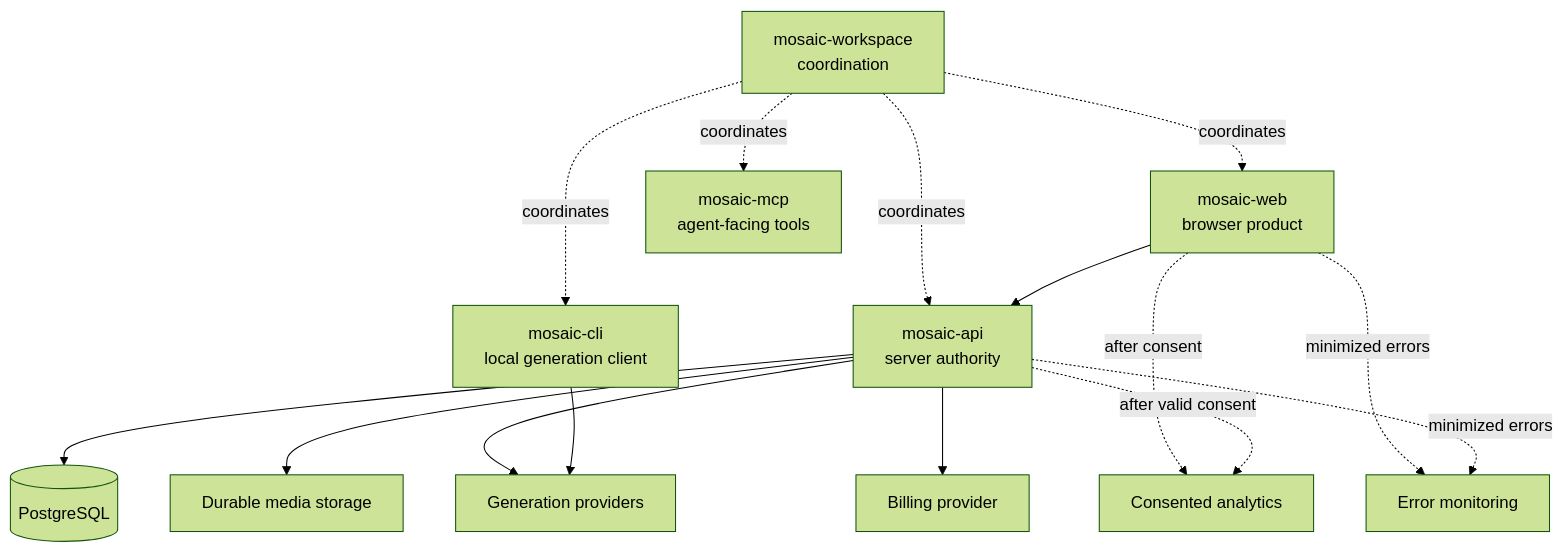
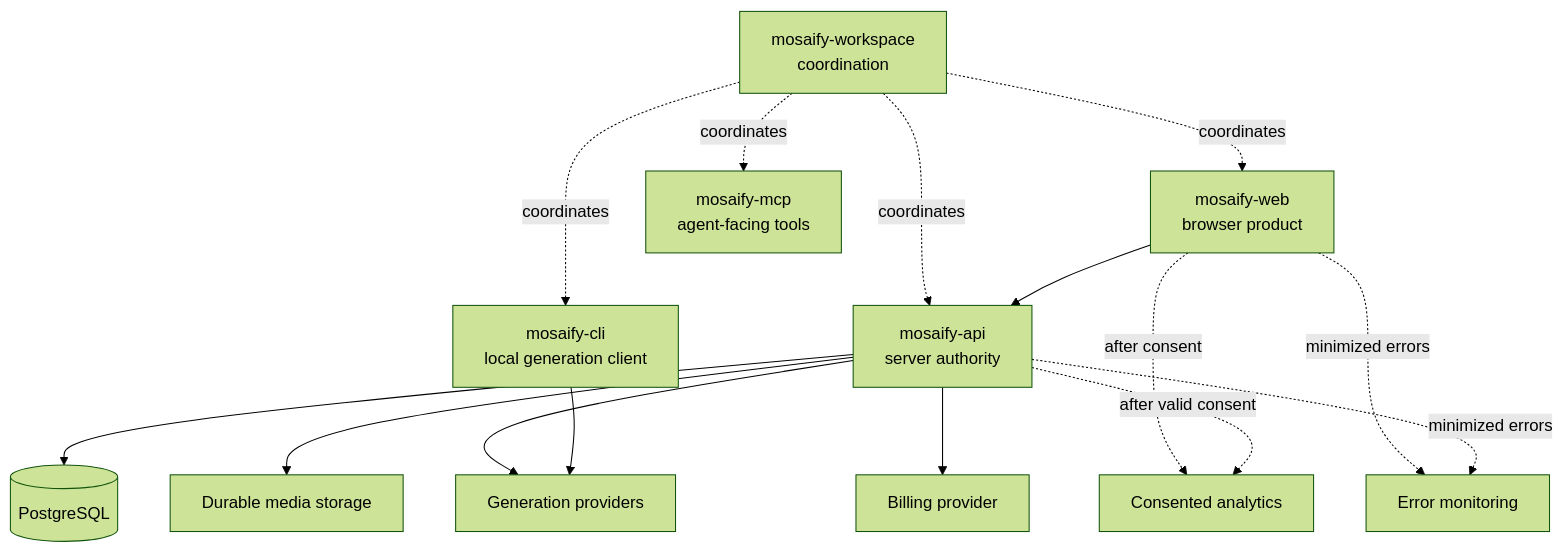
The diagram in handbook/engineering/system-map.md (Mosaify-AI/.github), drawn with Mermaid (forest theme) before and after one commit. The commit also changed other lines of this file and 1 other file, not shown here.

Commit message:
Update handbook for Mosaify repository names

````diff
--- a/handbook/engineering/system-map.md
+++ b/handbook/engineering/system-map.md
@@ -5,29 +5,29 @@
 ```mermaid
 flowchart TB
-    Workspace["mosaic-workspace<br/>coordination"]
-    Web["mosaic-web<br/>browser product"]
-    API["mosaic-api<br/>server authority"]
-    CLI["mosaic-cli<br/>local generation client"]
-    MCP["mosaic-mcp<br/>agent-facing tools"]
+    Workspace["mosaify-workspace<br/>coordination"]
+    Web["mosaify-web<br/>browser product"]
+    API["mosaify-api<br/>server authority"]
+    CLI["mosaify-cli<br/>local generation client"]
+    MCP["mosaify-mcp<br/>agent-facing tools"]
     DB[("PostgreSQL")]
     Media["Durable media storage"]
     Provider["Generation providers"]
     Billing["Billing provider"]
     Analytics["Consented analytics"]
     Errors["Error monitoring"]
 
     Workspace -. "coordinates" .-> Web
     Workspace -. "coordinates" .-> API
     Workspace -. "coordinates" .-> CLI
     Workspace -. "coordinates" .-> MCP
     Web --> API
     API --> DB
     API --> Media
     API --> Provider
     CLI --> Provider
     API --> Billing
     Web -. "after consent" .-> Analytics
     API -. "after valid consent" .-> Analytics
     Web -. "minimized errors" .-> Errors
     API -. "minimized errors" .-> Errors
 ```
````
